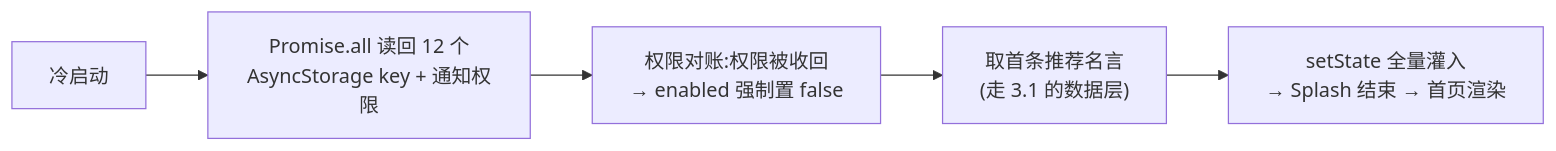
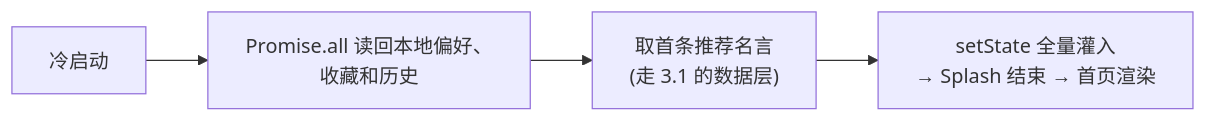
One commit to toothemooon/echo changed the third of 3 diagrams in Architecture.md. Above: the diagram before and after it, drawn with Mermaid. The commit also changed other lines of this file and 32 other files, not shown here.

````diff
--- a/Architecture.md
+++ b/Architecture.md
@@ -144,7 +142,6 @@
 ```mermaid
 flowchart LR
-    S["冷启动"] --> P["Promise.all 读回 12 个<br/>AsyncStorage key + 通知权限"]
-    P --> R["权限对账:权限被收回<br/>→ enabled 强制置 false"]
-    R --> Q["取首条推荐名言<br/>(走 3.1 的数据层)"]
+    S["冷启动"] --> P["Promise.all 读回本地偏好、收藏和历史"]
+    P --> Q["取首条推荐名言<br/>(走 3.1 的数据层)"]
     Q --> U["setState 全量灌入<br/>→ Splash 结束 → 首页渲染"]
 ```
````
